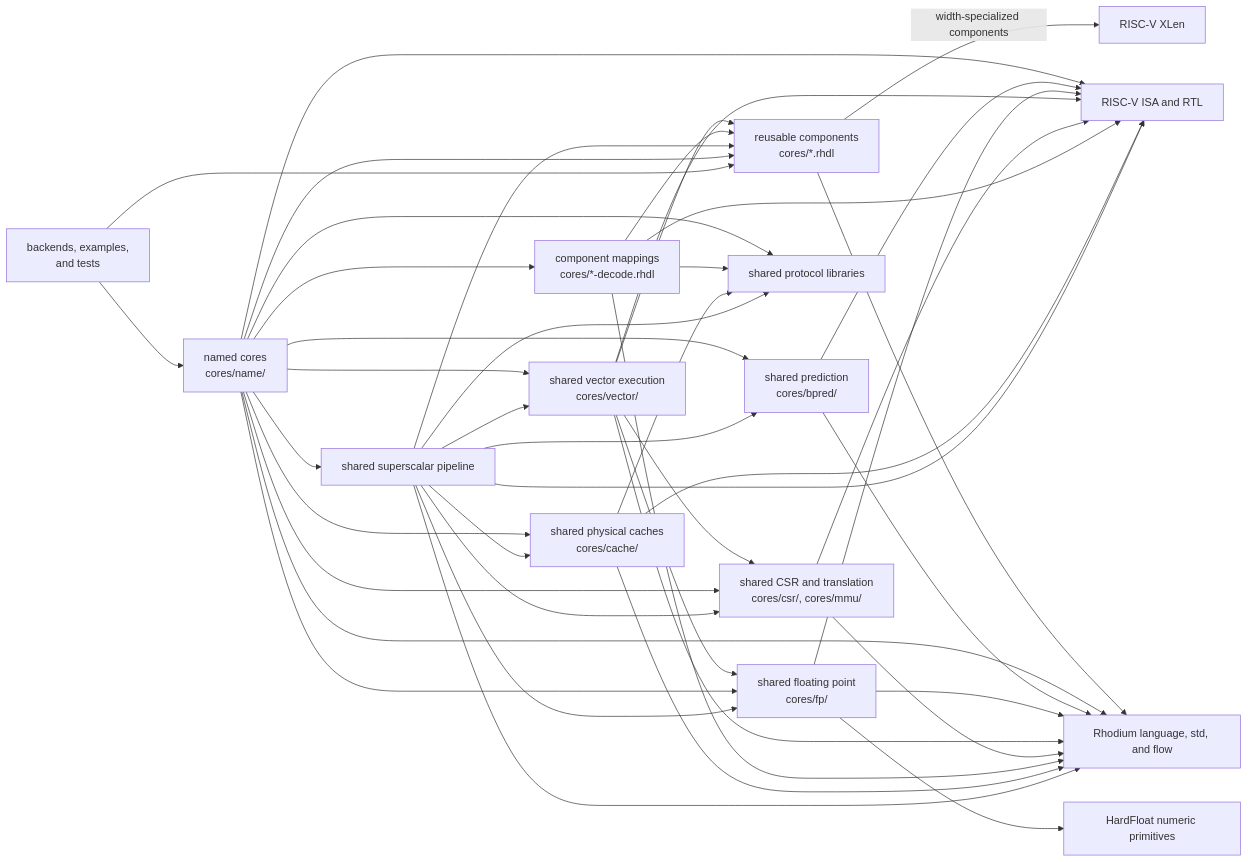
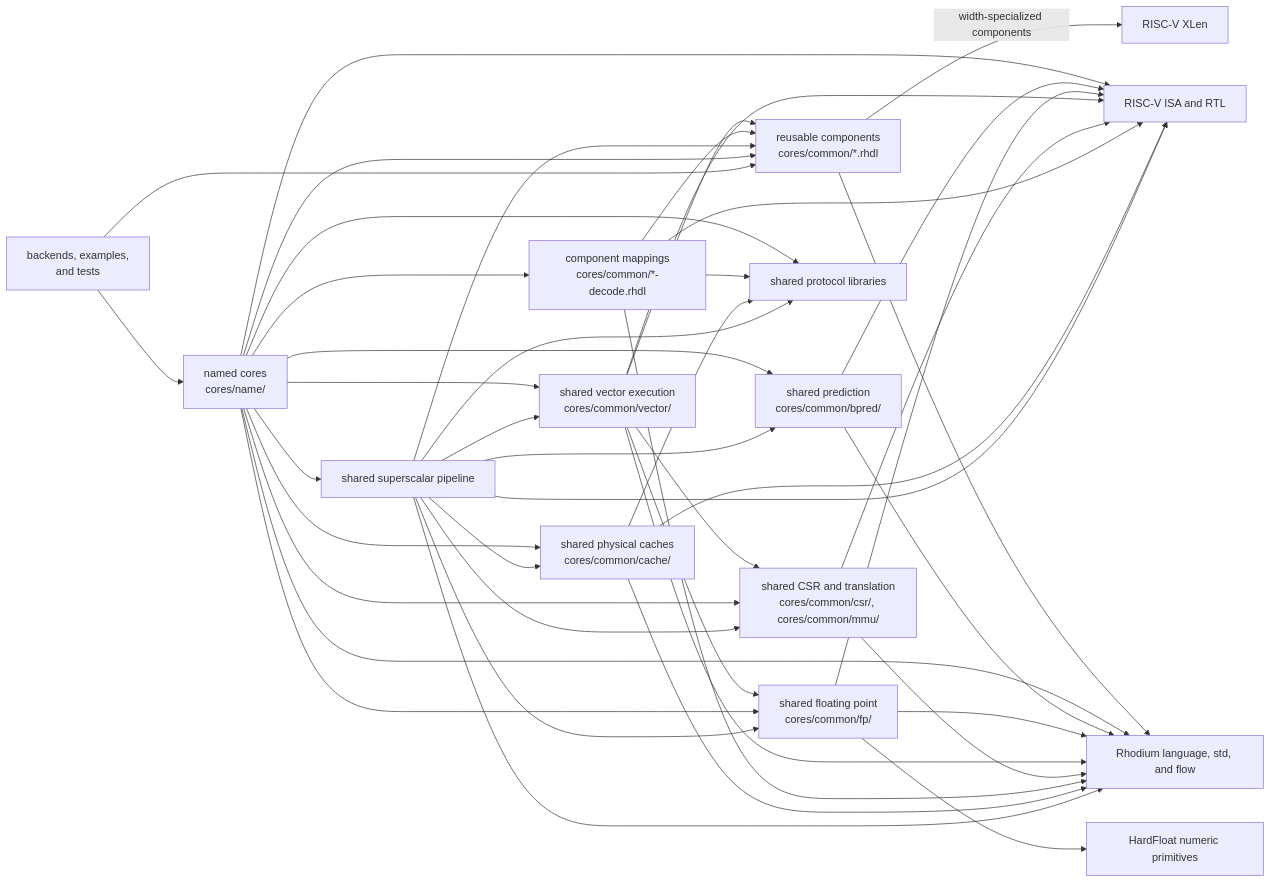
The diagram in cores/DEVELOPING.md (jerryz123/rhodium), drawn with Mermaid before and after one commit. The commit also changed other lines of this file and 618 other files, not shown here.

````diff
--- a/cores/DEVELOPING.md
+++ b/cores/DEVELOPING.md
@@ -62,46 +62,46 @@
 ```mermaid
 flowchart LR
   Consumers["backends, examples,<br/>and tests"] --> Named["named cores<br/>cores/name/"]
-  Consumers --> Reusable["reusable components<br/>cores/*.rhdl"]
+  Consumers --> Reusable["reusable components<br/>cores/common/*.rhdl"]
   Named --> Reusable
   Named --> Superscalar["shared superscalar pipeline"]
   Superscalar --> Reusable
   Superscalar --> Cache
   Superscalar --> State
   Superscalar --> FP
   Superscalar --> Vector
   Superscalar --> Bpred
   Superscalar --> Riscv
   Superscalar --> Protocols
   Superscalar --> Rhodium
-  Named --> Cache["shared physical caches<br/>cores/cache/"]
+  Named --> Cache["shared physical caches<br/>cores/common/cache/"]
   Cache --> Protocols
   Cache --> Riscv
   Cache --> Rhodium
-  Named --> Mapping["component mappings<br/>cores/*-decode.rhdl"]
+  Named --> Mapping["component mappings<br/>cores/common/*-decode.rhdl"]
   Mapping --> Reusable
   Mapping --> Riscv
   Mapping --> Protocols
   Mapping --> Rhodium
-  Named --> State["shared CSR and translation<br/>cores/csr/, cores/mmu/"]
+  Named --> State["shared CSR and translation<br/>cores/common/csr/, cores/common/mmu/"]
   State --> Riscv
   State --> Rhodium
-  Named --> FP["shared floating point<br/>cores/fp/"]
-  Named --> Vector["shared vector execution<br/>cores/vector/"]
+  Named --> FP["shared floating point<br/>cores/common/fp/"]
+  Named --> Vector["shared vector execution<br/>cores/common/vector/"]
   Vector --> FP
   Vector --> State
   Vector --> Reusable
   Vector --> Riscv
   Vector --> Rhodium
   FP --> Riscv
   FP --> Rhodium
   FP --> HardFloat["HardFloat numeric primitives"]
-  Named --> Bpred["shared prediction<br/>cores/bpred/"]
+  Named --> Bpred["shared prediction<br/>cores/common/bpred/"]
   Bpred --> Riscv
   Bpred --> Rhodium
   Named --> Riscv["RISC-V ISA and RTL"]
   Named --> Protocols["shared protocol libraries"]
   Named --> Rhodium["Rhodium language, std, and flow"]
   Reusable --> Rhodium
   Reusable -->|"width-specialized components"| Xlen["RISC-V XLen"]
 ```
````
